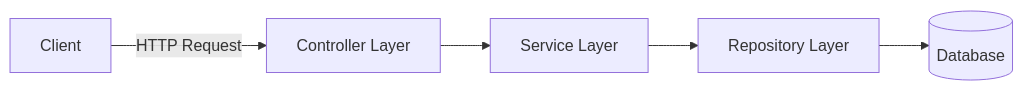
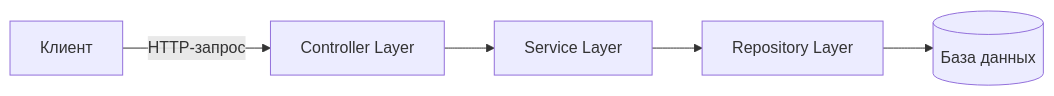
Before and after one commit to Dolkisss/Spring_project: the diagram in README.md, drawn with Mermaid. The commit also changed other lines of this file, not shown here.

````diff
--- a/README.md
+++ b/README.md
@@ -29,14 +23,14 @@
 ```mermaid
 flowchart LR
-    Client[Client]
+    Client[Клиент]
 
     Controller[Controller Layer]
     Service[Service Layer]
     Repository[Repository Layer]
-    Database[(Database)]
+    Database[(База данных)]
 
-    Client -->|HTTP Request| Controller
+    Client -->|HTTP-запрос| Controller
     Controller --> Service
     Service --> Repository
     Repository --> Database
 ```
````
